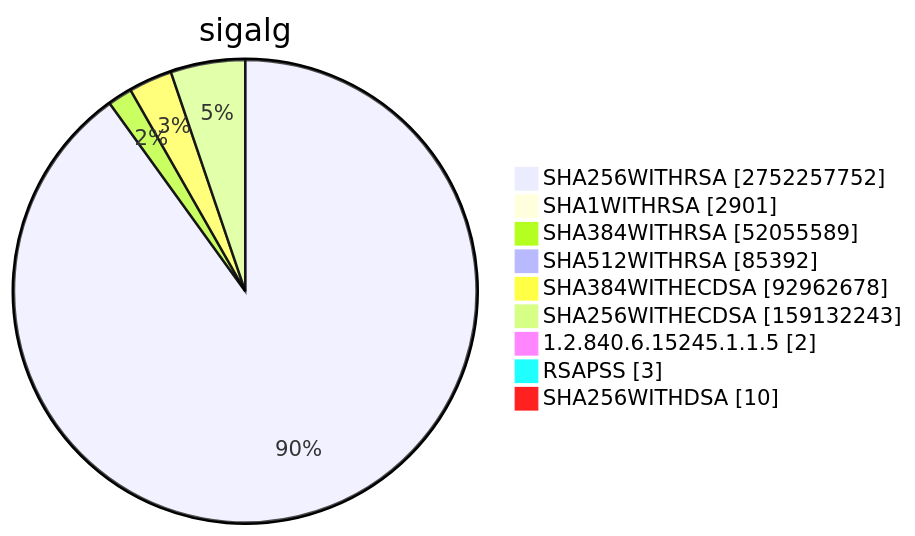
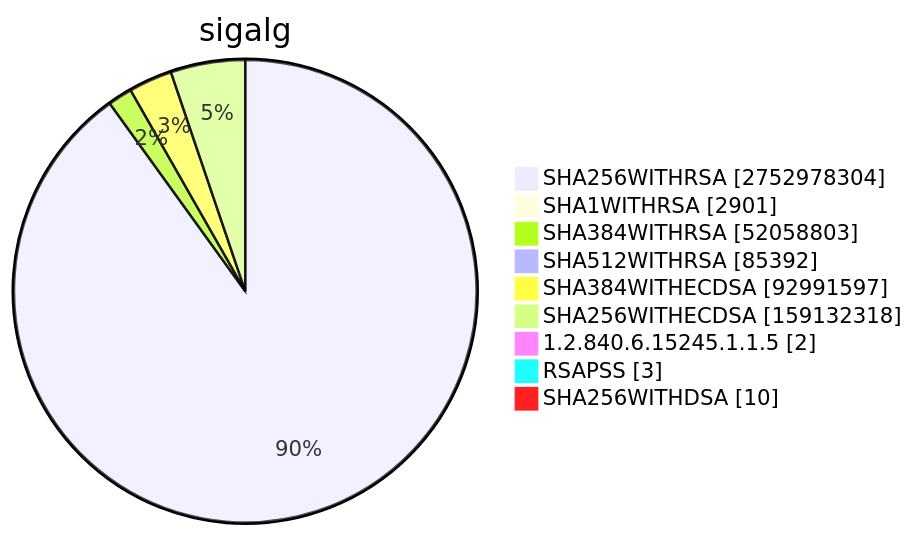
Diagram 15 of 15 in TOTAL/README.md (christiankrug/ctmonitor_visualization), drawn with Mermaid before and after one commit. The commit also changed other lines of this file, not shown here.

````diff
--- a/TOTAL/README.md
+++ b/TOTAL/README.md
@@ -6205,13 +6205,13 @@
 ```mermaid
 pie showData
 title sigalg
-"SHA256WITHRSA" :2752257752
+"SHA256WITHRSA" :2752978304
 "SHA1WITHRSA" :2901
-"SHA384WITHRSA" :52055589
+"SHA384WITHRSA" :52058803
 "SHA512WITHRSA" :85392
-"SHA384WITHECDSA" :92962678
-"SHA256WITHECDSA" :159132243
+"SHA384WITHECDSA" :92991597
+"SHA256WITHECDSA" :159132318
 "1.2.840.6.15245.1.1.5" :2
 "RSAPSS" :3
 "SHA256WITHDSA" :10
 ```
````
